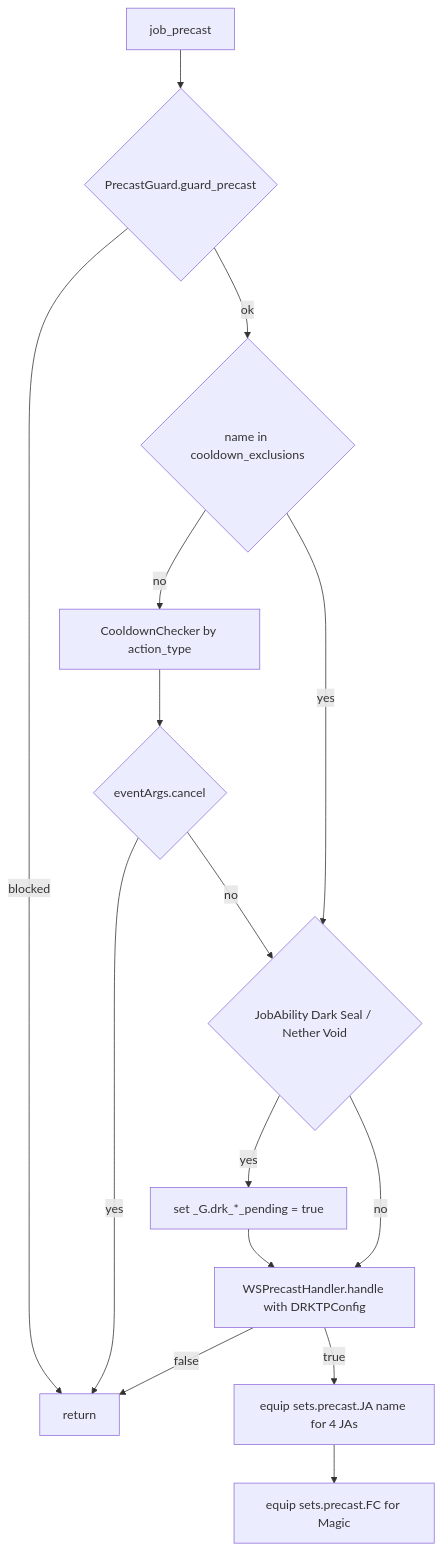
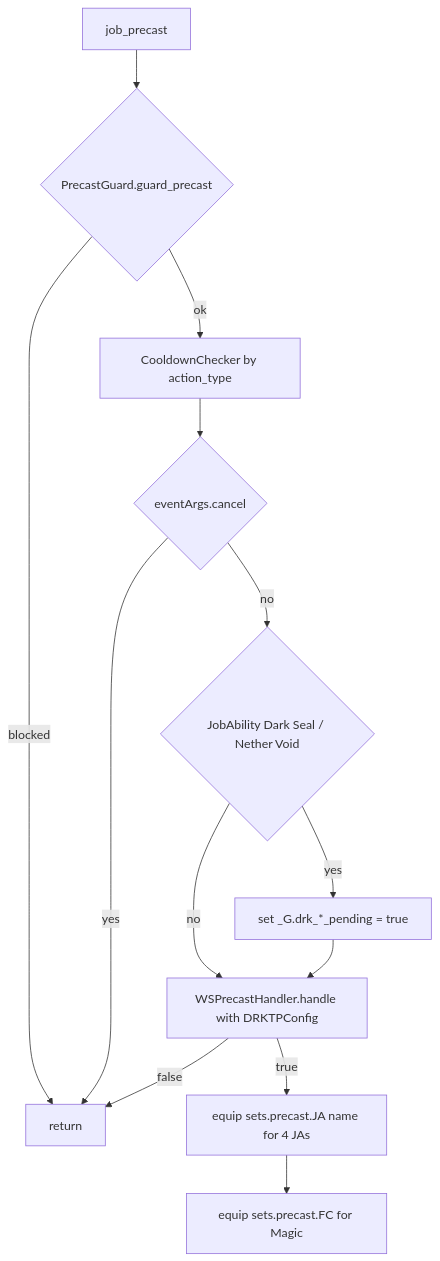
The second of 3 diagrams in docs/dev/jobs/drk.md (ejouanchicot/Gearswap), drawn with Mermaid before and after one commit. The commit also changed other lines of this file and 29 other files, not shown here.

````diff
--- a/docs/dev/jobs/drk.md
+++ b/docs/dev/jobs/drk.md
@@ -110,17 +110,15 @@
 ```mermaid
 flowchart TD
     A[job_precast] --> B{PrecastGuard.guard_precast}
     B -- blocked --> Z[return]
-    B -- ok --> C{name in cooldown_exclusions}
-    C -- no --> D[CooldownChecker by action_type]
+    B -- ok --> D[CooldownChecker by action_type]
     D --> E{eventArgs.cancel}
     E -- yes --> Z
-    C -- yes --> F
     E -- no --> F{JobAbility Dark Seal / Nether Void}
     F -- yes --> G[set _G.drk_*_pending = true]
     F -- no --> H
     G --> H[WSPrecastHandler.handle with DRKTPConfig]
     H -- false --> Z
     H -- true --> I[equip sets.precast.JA name for 4 JAs]
     I --> J[equip sets.precast.FC for Magic]
 ```
````
